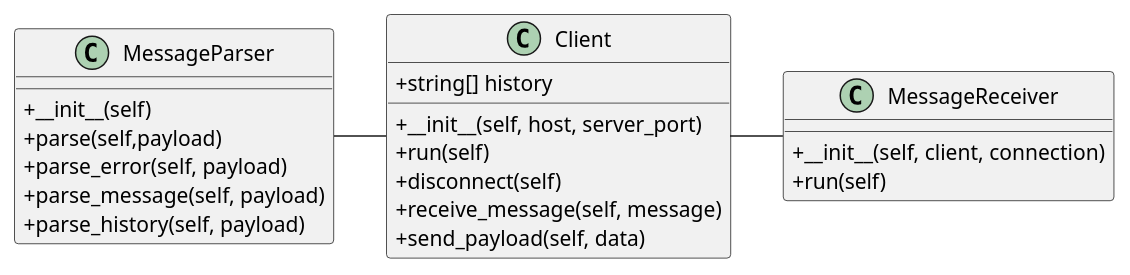
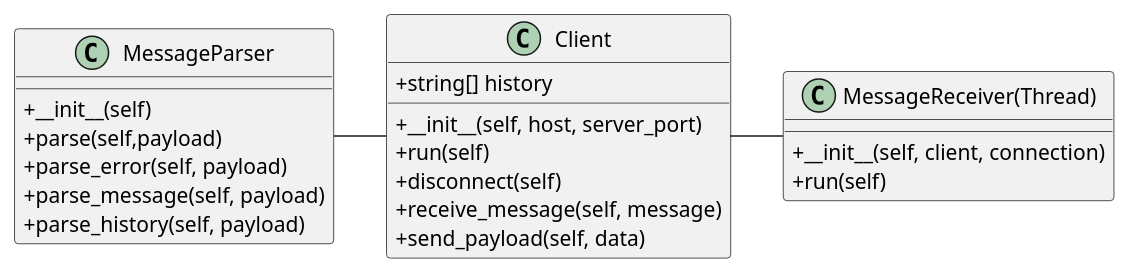
The first of 2 diagrams in uml.org (sindrehan/TTM4100-Project), drawn with PlantUML before and after one commit. The commit also changed 3 other files, not shown here.

Commit message:
Add '(Thread)' to class diagram

```diff
--- a/uml.org
+++ b/uml.org
@@ -11,29 +11,29 @@
 #+begin_src plantuml :file client_class.png
 skinparam classAttributeIconSize 0
 
 class Client{
 +string[] history
 +__init__(self, host, server_port)
 +run(self)
 +disconnect(self)
 +receive_message(self, message)
 +send_payload(self, data)
 }
 
 class MessageParser{
 +__init__(self)
 +parse(self,payload)
 +parse_error(self, payload)
 +parse_message(self, payload)
 +parse_history(self, payload)
 }
 
-class MessageReceiver{
+class "MessageReceiver(Thread)" as MessageReceiver{
 +__init__(self, client, connection)
 +run(self)
 }
 
 MessageParser - Client
 Client - MessageReceiver
 
 #+end_src
```
